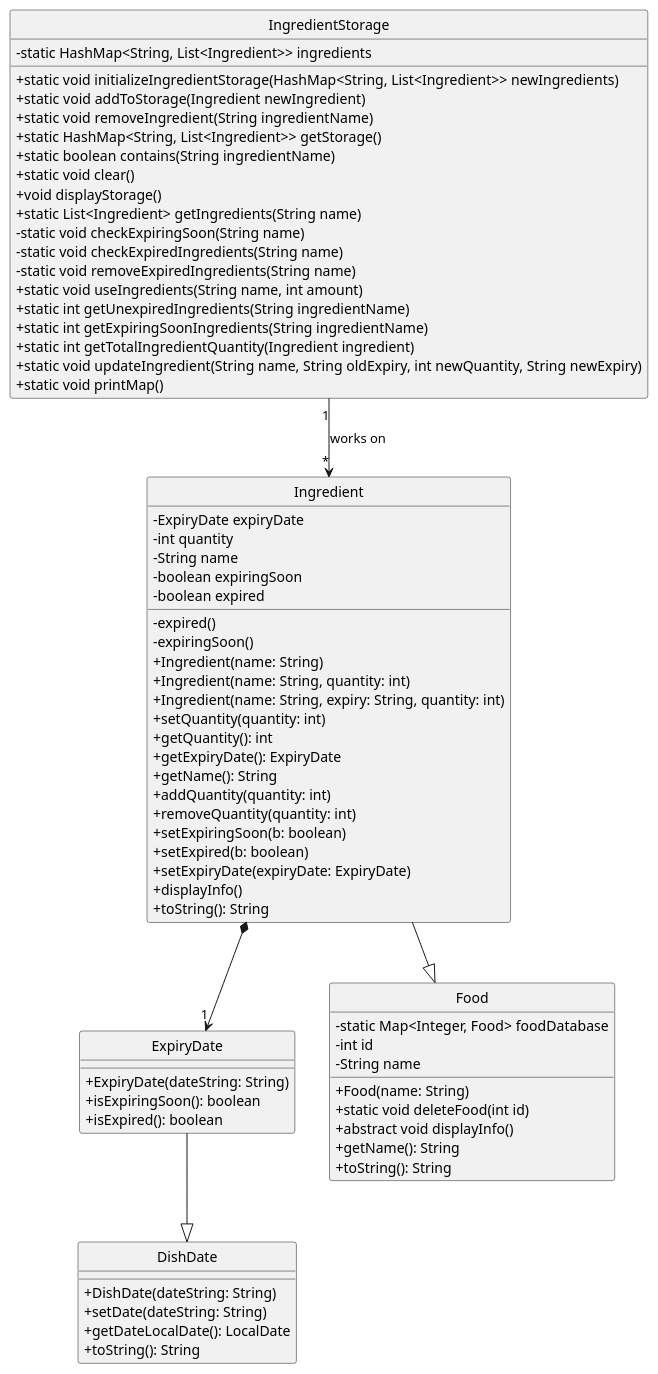
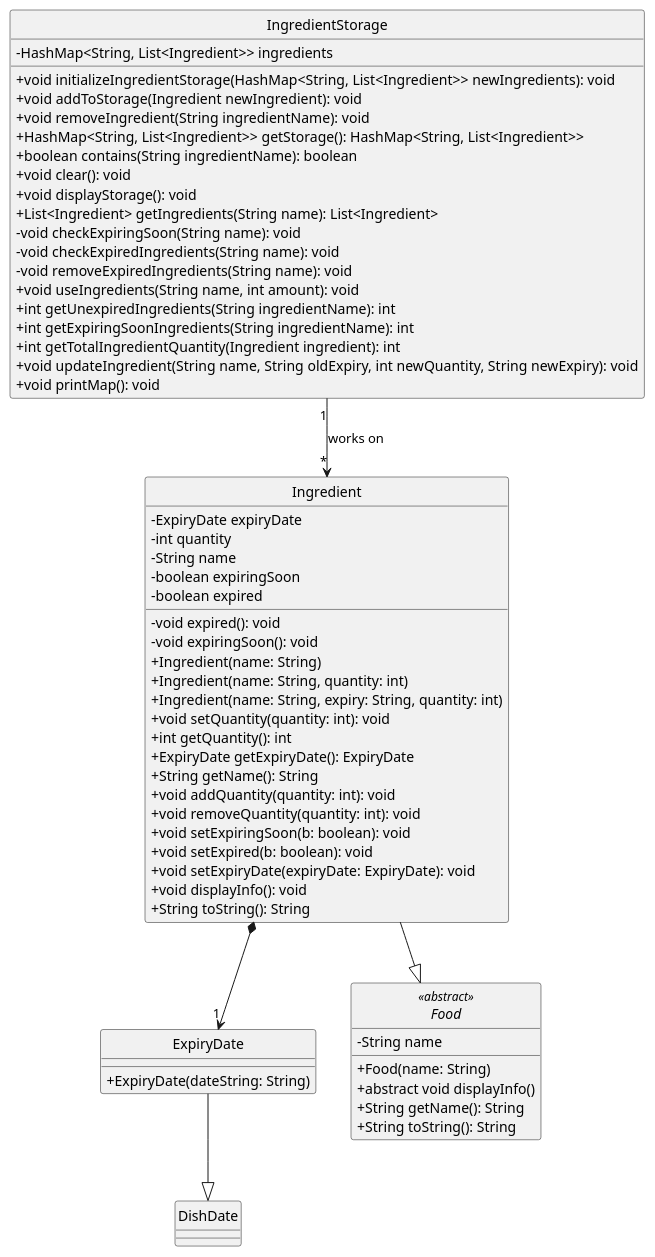
The diagram in src/main/java/seedu/cookingaids/diagrams/Collection.puml (whalesyong/tp), drawn with PlantUML before and after one commit. The commit also changed 2 other files, not shown here.

Commit message:
Fixed Uml diagram

```diff
--- a/src/main/java/seedu/cookingaids/diagrams/Collection.puml
+++ b/src/main/java/seedu/cookingaids/diagrams/Collection.puml
@@ -1,79 +1,70 @@
 @startuml
 hide circle
 skinparam classAttributeIconSize 0
 class ExpiryDate {
     +ExpiryDate(dateString: String)
-    +isExpiringSoon(): boolean
-    +isExpired(): boolean
 }
 
 class DishDate {
-    +DishDate(dateString: String)
-    +setDate(dateString: String)
-    +getDateLocalDate(): LocalDate
-    +toString(): String
 }
 
-class Food {
-    - static Map<Integer, Food> foodDatabase
-    - int id
+abstract class Food <<abstract>> {
     - String name
     + Food(name: String)
-    + static void deleteFood(int id)
     + abstract void displayInfo()
-    + getName(): String
-    + toString(): String
+    + String getName(): String
+    + String toString(): String
 }
 
 class Ingredient {
     - ExpiryDate expiryDate
     - int quantity
     - String name
     - boolean expiringSoon
     - boolean expired
-    - expired()
-    - expiringSoon()
+    - void expired(): void
+    - void expiringSoon(): void
     + Ingredient(name: String)
     + Ingredient(name: String, quantity: int)
     + Ingredient(name: String, expiry: String, quantity: int)
-    + setQuantity(quantity: int)
-    + getQuantity(): int
-    + getExpiryDate(): ExpiryDate
-    + getName(): String
-    + addQuantity(quantity: int)
-    + removeQuantity(quantity: int)
-    + setExpiringSoon(b: boolean)
-    + setExpired(b: boolean)
-    + setExpiryDate(expiryDate: ExpiryDate)
-    + displayInfo()
-    + toString(): String
+    + void setQuantity(quantity: int): void
+    + int getQuantity(): int
+    + ExpiryDate getExpiryDate(): ExpiryDate
+    + String getName(): String
+    + void addQuantity(quantity: int): void
+    + void removeQuantity(quantity: int): void
+    + void setExpiringSoon(b: boolean): void
+    + void setExpired(b: boolean): void
+    + void setExpiryDate(expiryDate: ExpiryDate): void
+    + void displayInfo(): void
+    + String toString(): String
 }
 
 class IngredientStorage {
-    -  static HashMap<String, List<Ingredient>> ingredients
-    + static void initializeIngredientStorage(HashMap<String, List<Ingredient>> newIngredients)
-    + static void addToStorage(Ingredient newIngredient)
-    + static void removeIngredient(String ingredientName)
-    + static HashMap<String, List<Ingredient>> getStorage()
-    + static boolean contains(String ingredientName)
-    + static void clear()
-    + void displayStorage()
-    + static List<Ingredient> getIngredients(String name)
-    - static void checkExpiringSoon(String name)
-    - static void checkExpiredIngredients(String name)
-    - static void removeExpiredIngredients(String name)
-    + static void useIngredients(String name, int amount)
-    + static int getUnexpiredIngredients(String ingredientName)
-    + static int getExpiringSoonIngredients(String ingredientName)
-    + static int getTotalIngredientQuantity(Ingredient ingredient)
-    + static void updateIngredient(String name, String oldExpiry, int newQuantity, String newExpiry)
-    + static void printMap()
+    - HashMap<String, List<Ingredient>> ingredients
+    + void initializeIngredientStorage(HashMap<String, List<Ingredient>> newIngredients): void
+    + void addToStorage(Ingredient newIngredient): void
+    + void removeIngredient(String ingredientName): void
+    + HashMap<String, List<Ingredient>> getStorage(): HashMap<String, List<Ingredient>>
+    + boolean contains(String ingredientName): boolean
+    + void clear(): void
+    + void displayStorage(): void
+    + List<Ingredient> getIngredients(String name): List<Ingredient>
+    - void checkExpiringSoon(String name): void
+    - void checkExpiredIngredients(String name): void
+    - void removeExpiredIngredients(String name): void
+    + void useIngredients(String name, int amount): void
+    + int getUnexpiredIngredients(String ingredientName): int
+    + int getExpiringSoonIngredients(String ingredientName): int
+    + int getTotalIngredientQuantity(Ingredient ingredient): int
+    + void updateIngredient(String name, String oldExpiry, int newQuantity, String newExpiry): void
+    + void printMap(): void
 }
 
 ExpiryDate --|> DishDate
 Ingredient --|> Food
 Ingredient *--> "1" ExpiryDate
 IngredientStorage "1" --> "*" Ingredient : works on
 
 
 @enduml
```
